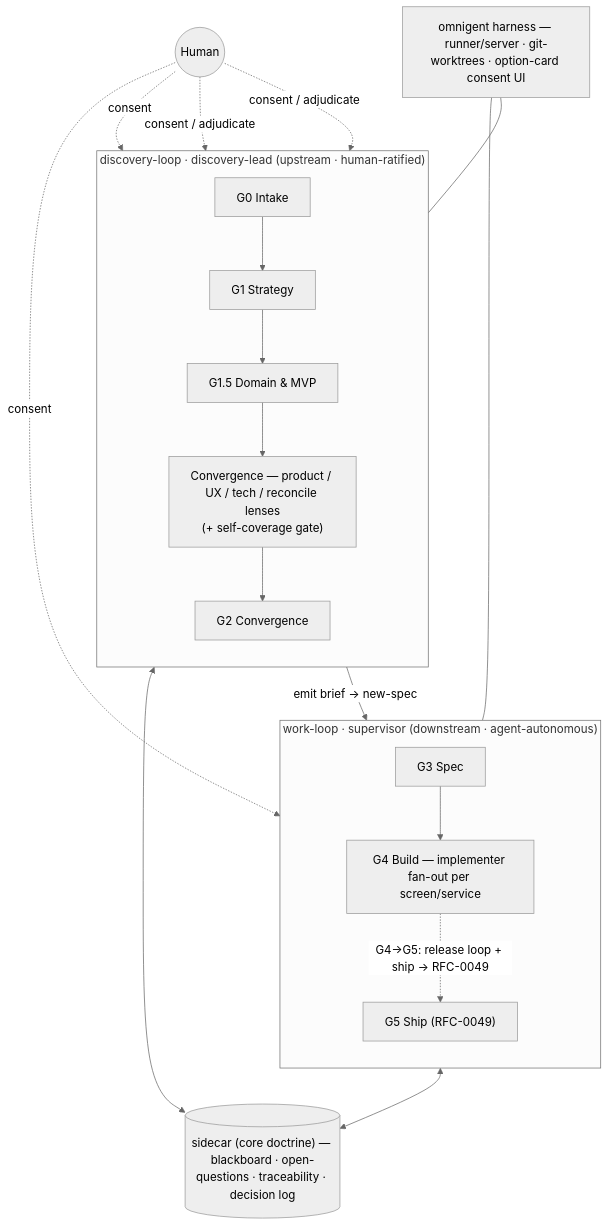
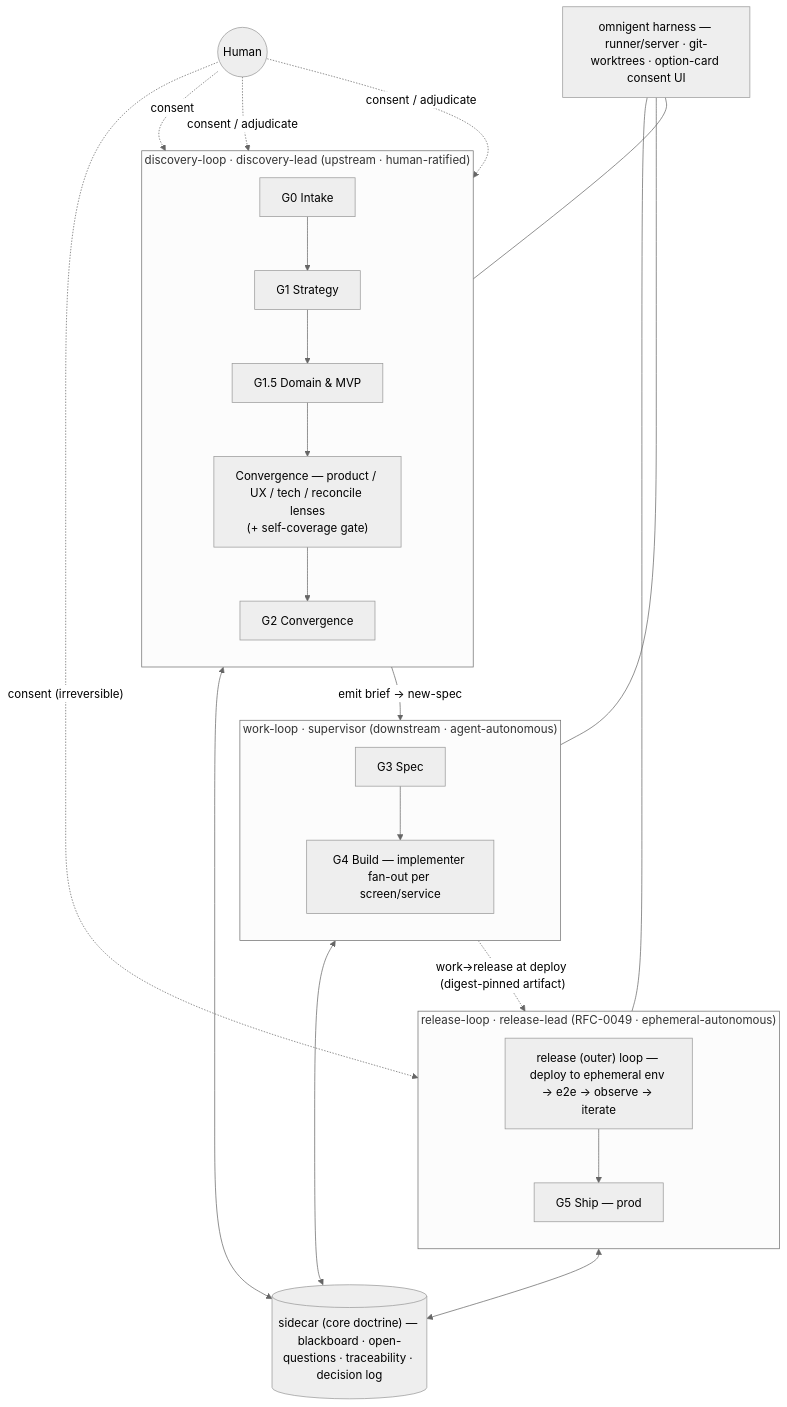
Before and after one commit to eugenelim/agent-ready-repo: the diagram in docs/rfc/0048-autonomous-product-team-operating-model.md, drawn with Mermaid (neutral theme). The commit also changed other lines of this file and 6 other files, not shown here.

````diff
--- a/docs/rfc/0048-autonomous-product-team-operating-model.md
+++ b/docs/rfc/0048-autonomous-product-team-operating-model.md
@@ -332,29 +343,37 @@
 ```mermaid
 flowchart TB
   Human(("Human"))
   Harness["omnigent harness — runner/server · git-worktrees · option-card consent UI"]
   Sidecar[("sidecar (core doctrine) — blackboard · open-questions · traceability · decision log")]
 
   subgraph discoveryloop["discovery-loop · discovery-lead (upstream · human-ratified)"]
     direction TB
     G0["G0 Intake"] --> G1["G1 Strategy"] --> G15["G1.5 Domain &amp; MVP"]
     G15 --> CONV["Convergence — product / UX / tech / reconcile lenses<br/>(+ self-coverage gate)"]
     CONV --> G2["G2 Convergence"]
   end
 
   subgraph workloop["work-loop · supervisor (downstream · agent-autonomous)"]
     direction TB
-    G3["G3 Spec"] --> G4["G4 Build — implementer fan-out per screen/service"] -.->|"G4→G5: release loop + ship → RFC-0049"| G5["G5 Ship (RFC-0049)"]
+    G3["G3 Spec"] --> G4["G4 Build — implementer fan-out per screen/service"]
+  end
+
+  subgraph releaseloop["release-loop · release-lead (RFC-0049 · ephemeral-autonomous)"]
+    direction TB
+    REL["release (outer) loop — deploy to ephemeral env → e2e → observe → iterate"] --> G5["G5 Ship — prod"]
   end
 
   G2 -->|"emit brief → new-spec"| G3
+  G4 -.->|"work→release at deploy (digest-pinned artifact)"| REL
   CONV <--> Sidecar
   G4 <--> Sidecar
+  REL <--> Sidecar
   Harness --- discoveryloop
   Harness --- workloop
+  Harness --- releaseloop
 
   Human -. "consent" .-> G0
   Human -. "consent / adjudicate" .-> G15
   Human -. "consent / adjudicate" .-> G2
-  Human -. "consent" .-> G5
+  Human -. "consent (irreversible)" .-> G5
 ```
````
